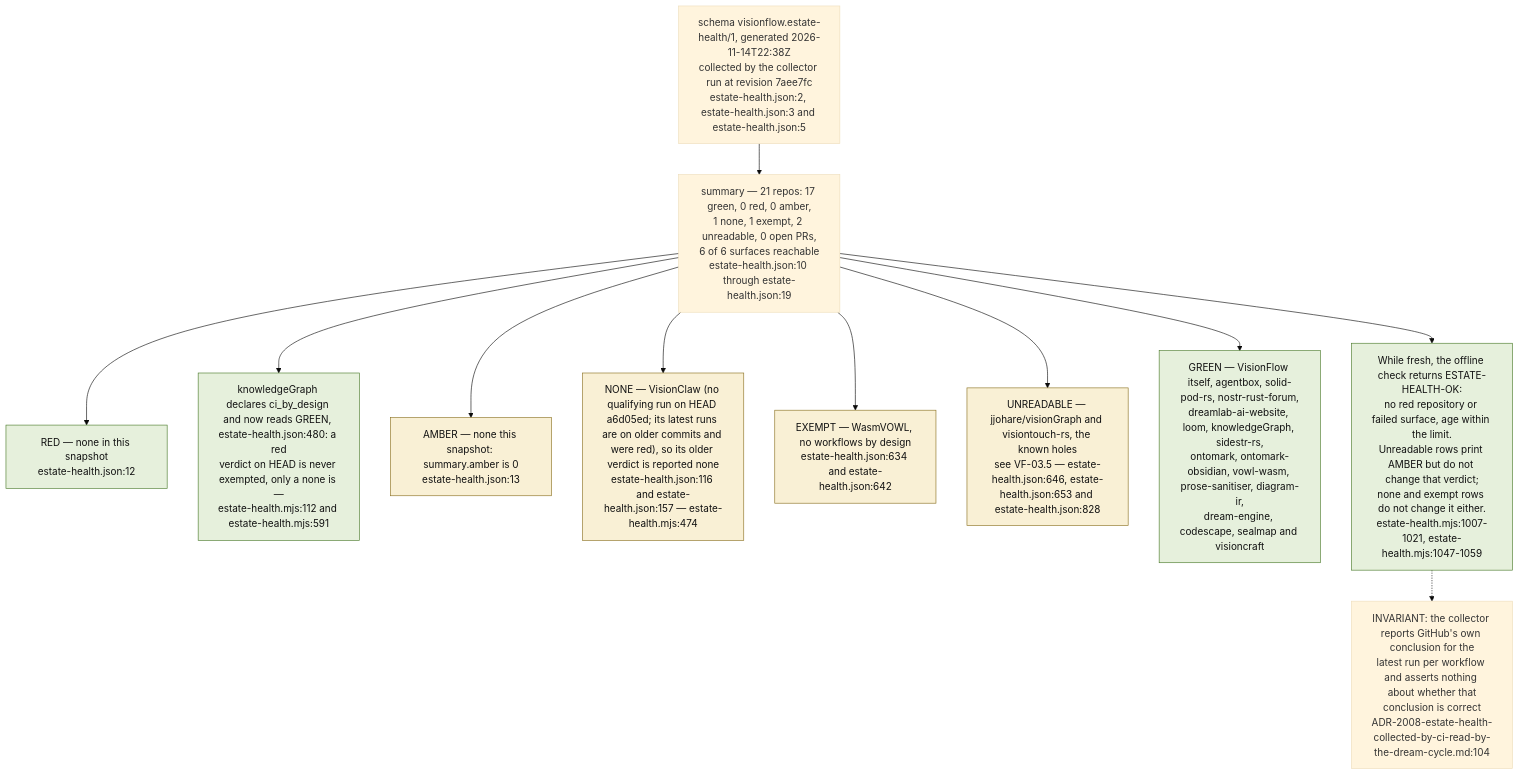
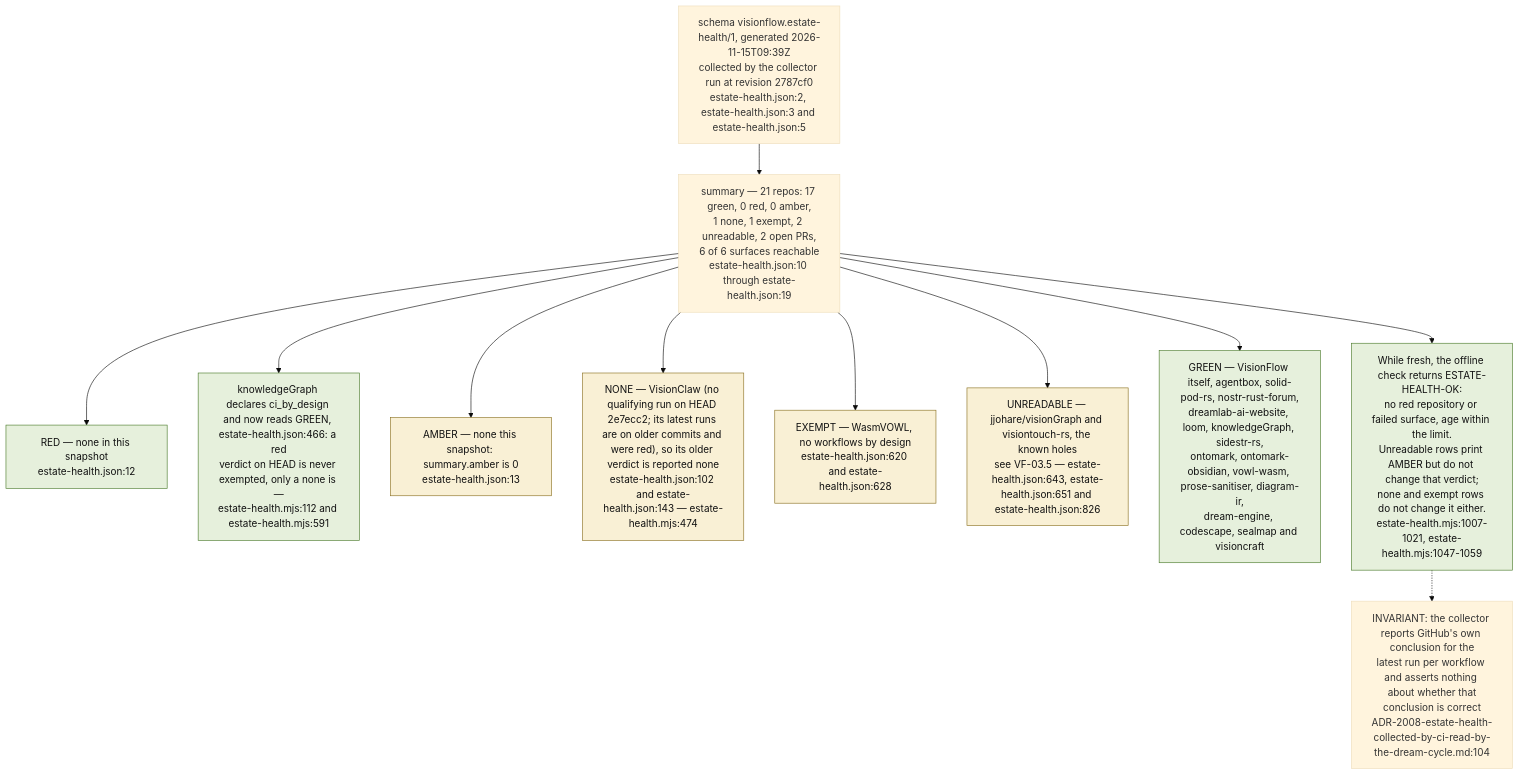
Before and after one commit to DreamLab-AI/VisionFlow: the ninth of 9 diagrams in docs/diagrams/visionflow/03-estate-health.md, drawn with Mermaid (base theme). The commit also changed other lines of this file and 70 other files, not shown here.

First line of the commit message:
docs(diagrams): re-verify 69 topics at current default-branch heads

````diff
--- a/docs/diagrams/visionflow/03-estate-health.md
+++ b/docs/diagrams/visionflow/03-estate-health.md
@@ -290,24 +290,24 @@
 ```mermaid
 flowchart TB
     classDef red fill:#f7dede,stroke:#a33333,color:#111
     classDef green fill:#e6f0dc,stroke:#4a7a2a,color:#111
     classDef amb fill:#f9f0d5,stroke:#8a7020,color:#111
 
-    SNAP["schema visionflow.estate-health/1, generated 2026-11-14T22:38Z<br/>collected by the collector run at revision 7aee7fc<br/>estate-health.json:2, estate-health.json:3 and estate-health.json:5"]
+    SNAP["schema visionflow.estate-health/1, generated 2026-11-15T09:39Z<br/>collected by the collector run at revision 2787cf0<br/>estate-health.json:2, estate-health.json:3 and estate-health.json:5"]
 
-    SNAP --> SUM["summary — 21 repos: 17 green, 0 red, 0 amber,<br/>1 none, 1 exempt, 2 unreadable, 0 open PRs,<br/>6 of 6 surfaces reachable<br/>estate-health.json:10 through estate-health.json:19"]
+    SNAP --> SUM["summary — 21 repos: 17 green, 0 red, 0 amber,<br/>1 none, 1 exempt, 2 unreadable, 2 open PRs,<br/>6 of 6 surfaces reachable<br/>estate-health.json:10 through estate-health.json:19"]
 
     SUM --> R4["RED — none in this snapshot<br/>estate-health.json:12"]:::green
-    SUM --> KG["knowledgeGraph declares ci_by_design and now reads GREEN, estate-health.json:480: a red<br/>verdict on HEAD is never exempted, only a none is —<br/>estate-health.mjs:112 and estate-health.mjs:591"]:::green
+    SUM --> KG["knowledgeGraph declares ci_by_design and now reads GREEN, estate-health.json:466: a red<br/>verdict on HEAD is never exempted, only a none is —<br/>estate-health.mjs:112 and estate-health.mjs:591"]:::green
     SUM --> A1["AMBER — none this snapshot: summary.amber is 0<br/>estate-health.json:13"]:::amb
-    SUM --> N1["NONE — VisionClaw (no qualifying run on HEAD a6d05ed; its latest runs are on older commits and were red), so its older verdict is reported none<br/>estate-health.json:116 and estate-health.json:157 — estate-health.mjs:474"]:::amb
-    SUM --> E2["EXEMPT — WasmVOWL, no workflows by design<br/>estate-health.json:634 and estate-health.json:642"]:::amb
-    SUM --> U1["UNREADABLE — jjohare/visionGraph and visiontouch-rs, the known holes<br/>see VF-03.5 — estate-health.json:646, estate-health.json:653 and estate-health.json:828"]:::amb
+    SUM --> N1["NONE — VisionClaw (no qualifying run on HEAD 2e7ecc2; its latest runs are on older commits and were red), so its older verdict is reported none<br/>estate-health.json:102 and estate-health.json:143 — estate-health.mjs:474"]:::amb
+    SUM --> E2["EXEMPT — WasmVOWL, no workflows by design<br/>estate-health.json:620 and estate-health.json:628"]:::amb
+    SUM --> U1["UNREADABLE — jjohare/visionGraph and visiontouch-rs, the known holes<br/>see VF-03.5 — estate-health.json:643, estate-health.json:651 and estate-health.json:826"]:::amb
     SUM --> G1["GREEN — VisionFlow itself, agentbox, solid-pod-rs, nostr-rust-forum,<br/>dreamlab-ai-website, loom, knowledgeGraph, sidestr-rs,<br/>ontomark, ontomark-obsidian, vowl-wasm, prose-sanitiser, diagram-ir,<br/>dream-engine, codescape, sealmap and visioncraft"]:::green
 
     VERD["While fresh, the offline check returns ESTATE-HEALTH-OK:<br/>no red repository or failed surface, age within the limit.<br/>Unreadable rows print AMBER but do not change that verdict;<br/>none and exempt rows do not change it either.<br/>estate-health.mjs:1007-1021, estate-health.mjs:1047-1059"]:::green
     SUM --> VERD
 
     INV["INVARIANT: the collector reports GitHub's own conclusion for the<br/>latest run per workflow and asserts nothing about whether that<br/>conclusion is correct<br/>ADR-2008-estate-health-collected-by-ci-read-by-the-dream-cycle.md:104"]
     VERD -.-> INV
 ```
````
